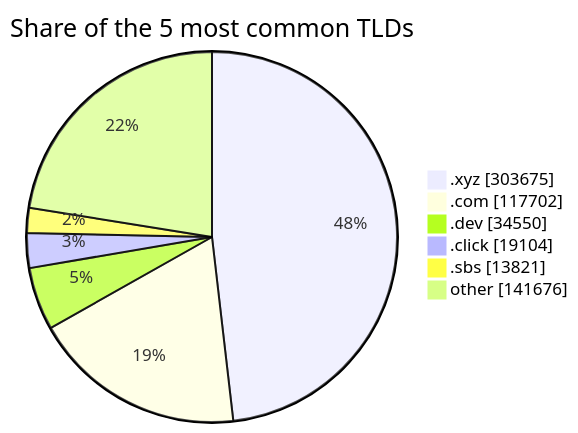
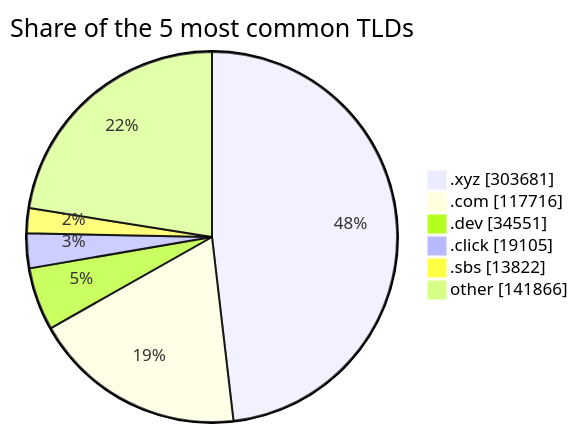
One commit to DNSBunker/CTI changed the third of 3 diagrams in README.md. Above: the diagram before and after it, drawn with Mermaid. The commit also changed other lines of this file and 3 other files, not shown here.

````diff
--- a/README.md
+++ b/README.md
@@ -81,9 +81,9 @@
 ```mermaid
 pie showData title Share of the 5 most common TLDs
-    ".xyz" : 303675
-    ".com" : 117702
-    ".dev" : 34550
-    ".click" : 19104
-    ".sbs" : 13821
-    "other" : 141676
+    ".xyz" : 303681
+    ".com" : 117716
+    ".dev" : 34551
+    ".click" : 19105
+    ".sbs" : 13822
+    "other" : 141866
 ```
````
